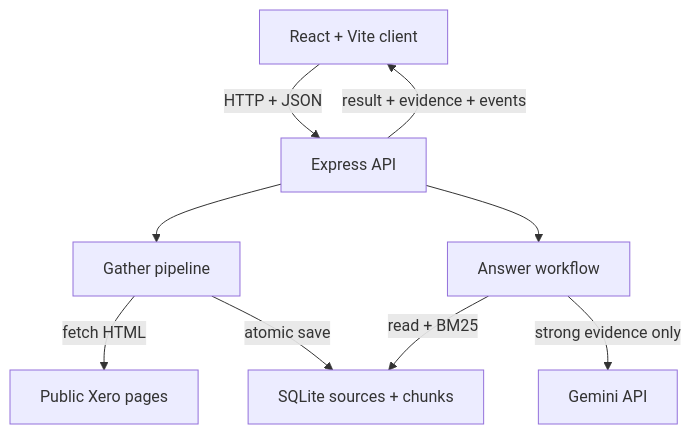
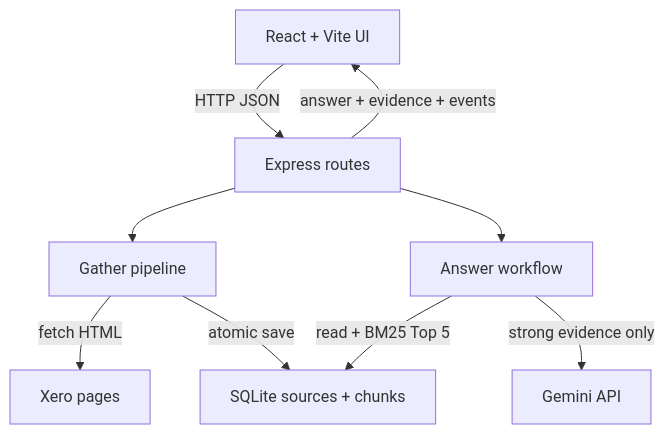
Before and after one commit to XiangXuX/xero-research-assistant: the diagram in README.md, drawn with Mermaid. The commit also changed other lines of this file and 1 other file, not shown here.

````diff
--- a/README.md
+++ b/README.md
@@ -90,19 +63,11 @@
 ```mermaid
 flowchart TD
-    UI["React + Vite client"]
-    API["Express API"]
-    GATHER["Gather pipeline"]
-    ANSWER["Answer workflow"]
-    DB["SQLite sources + chunks"]
-    WEB["Public Xero pages"]
-    MODEL["Gemini API"]
-
-    UI -->|"HTTP + JSON"| API
-    API --> GATHER
-    API --> ANSWER
-    GATHER -->|"fetch HTML"| WEB
-    GATHER -->|"atomic save"| DB
-    ANSWER -->|"read + BM25"| DB
-    ANSWER -->|"strong evidence only"| MODEL
-    API -->|"result + evidence + events"| UI
+    UI["React + Vite UI"] -->|"HTTP JSON"| API["Express routes"]
+    API --> G["Gather pipeline"]
+    API --> A["Answer workflow"]
+    G -->|"fetch HTML"| WEB["Xero pages"]
+    G -->|"atomic save"| DB["SQLite sources + chunks"]
+    A -->|"read + BM25 Top 5"| DB
+    A -->|"strong evidence only"| M["Gemini API"]
+    API -->|"answer + evidence + events"| UI
 ```
````
